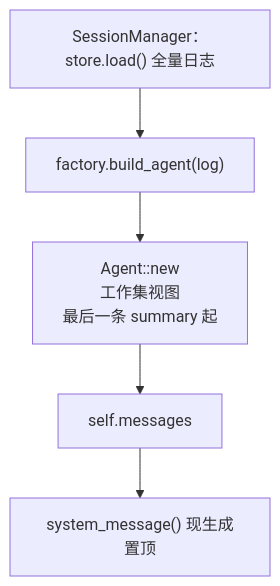
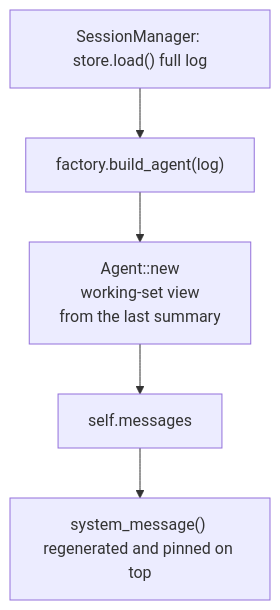
One commit to Seann0824/Shirley changed the third of 3 diagrams in docs/session.md. Above: the diagram before and after it, drawn with Mermaid. The commit also changed other lines of this file and 131 other files, not shown here.

````diff
--- a/docs/session.md
+++ b/docs/session.md
@@ -179,7 +199,7 @@
 ```mermaid
 graph TD
-    L["SessionManager：store.load() 全量日志"] --> F["factory.build_agent(log)"]
-    F --> WS["Agent::new<br/>工作集视图<br/>最后一条 summary 起"]
+    L["SessionManager: store.load() full log"] --> F["factory.build_agent(log)"]
+    F --> WS["Agent::new<br/>working-set view<br/>from the last summary"]
     WS --> MSG["self.messages"]
-    MSG --> SYSG["system_message() 现生成置顶"]
+    MSG --> SYSG["system_message() regenerated and pinned on top"]
 ```
````
